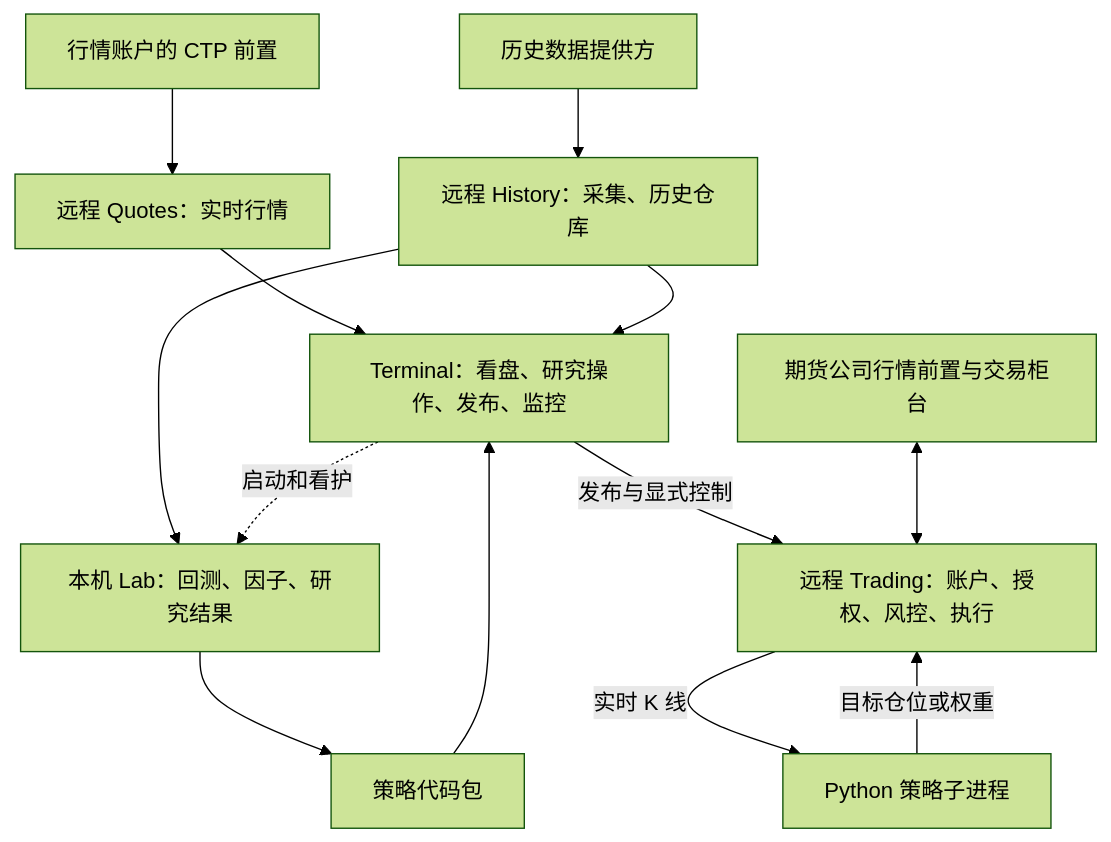
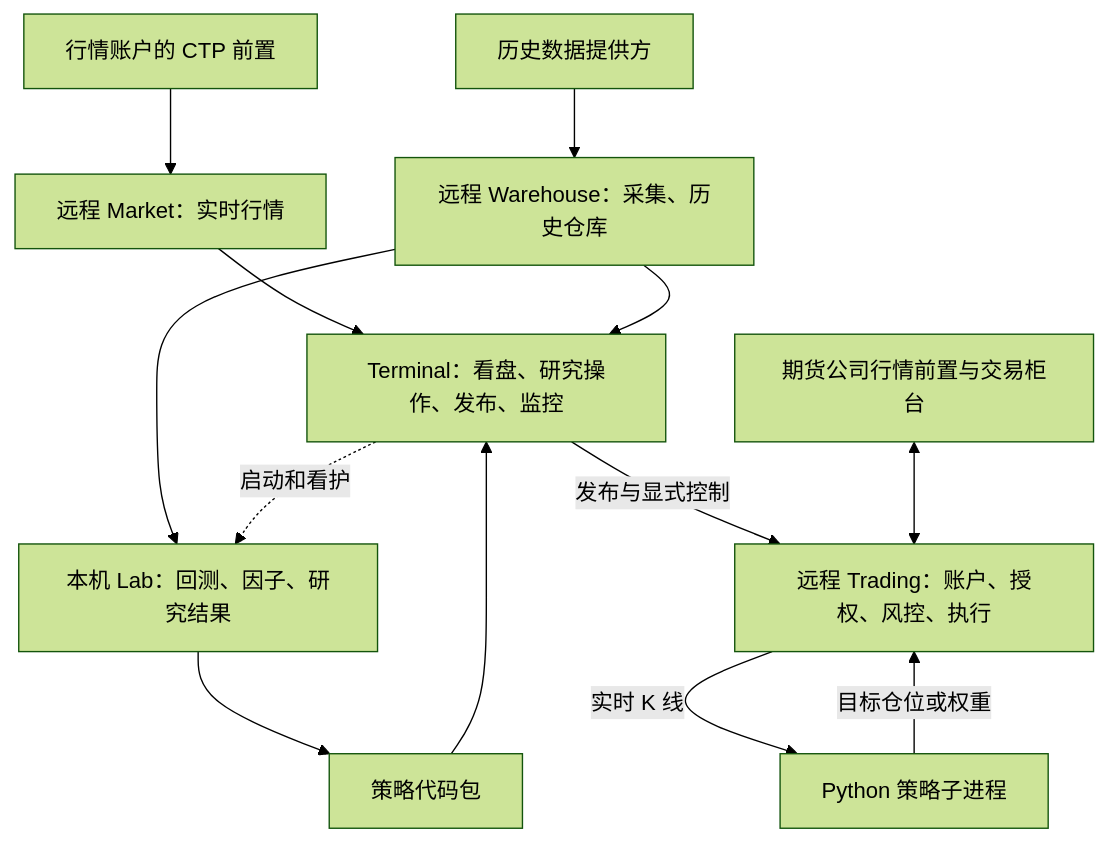
One commit to isqiwen/asterion-terminal changed the diagram in docs/architecture.md. Above: the diagram before and after it, drawn with Mermaid (forest theme). The commit also changed other lines of this file and 329 other files, not shown here.

First line of the commit message:
M3.88: rename the services to Market and Warehouse

````diff
--- a/docs/architecture.md
+++ b/docs/architecture.md
@@ -5,15 +5,15 @@
 ```mermaid
 flowchart TB
-  QuoteFront[行情账户的 CTP 前置] --> Quotes[远程 Quotes：实时行情]
-  Quotes --> Terminal[Terminal：看盘、研究操作、发布、监控]
-  Providers[历史数据提供方] --> History[远程 History：采集、历史仓库]
-  History --> Terminal
-  History --> Lab[本机 Lab：回测、因子、研究结果]
+  QuoteFront[行情账户的 CTP 前置] --> Market[远程 Market：实时行情]
+  Market --> Terminal[Terminal：看盘、研究操作、发布、监控]
+  Providers[历史数据提供方] --> Warehouse[远程 Warehouse：采集、历史仓库]
+  Warehouse --> Terminal
+  Warehouse --> Lab[本机 Lab：回测、因子、研究结果]
   Terminal -.启动和看护.-> Lab
   Lab --> Package[策略代码包]
   Package --> Terminal
   Terminal -->|发布与显式控制| Trading[远程 Trading：账户、授权、风控、执行]
   Counter[期货公司行情前置与交易柜台] <--> Trading
   Trading -->|实时 K 线| Strategy[Python 策略子进程]
   Strategy -->|目标仓位或权重| Trading
 ```
````
